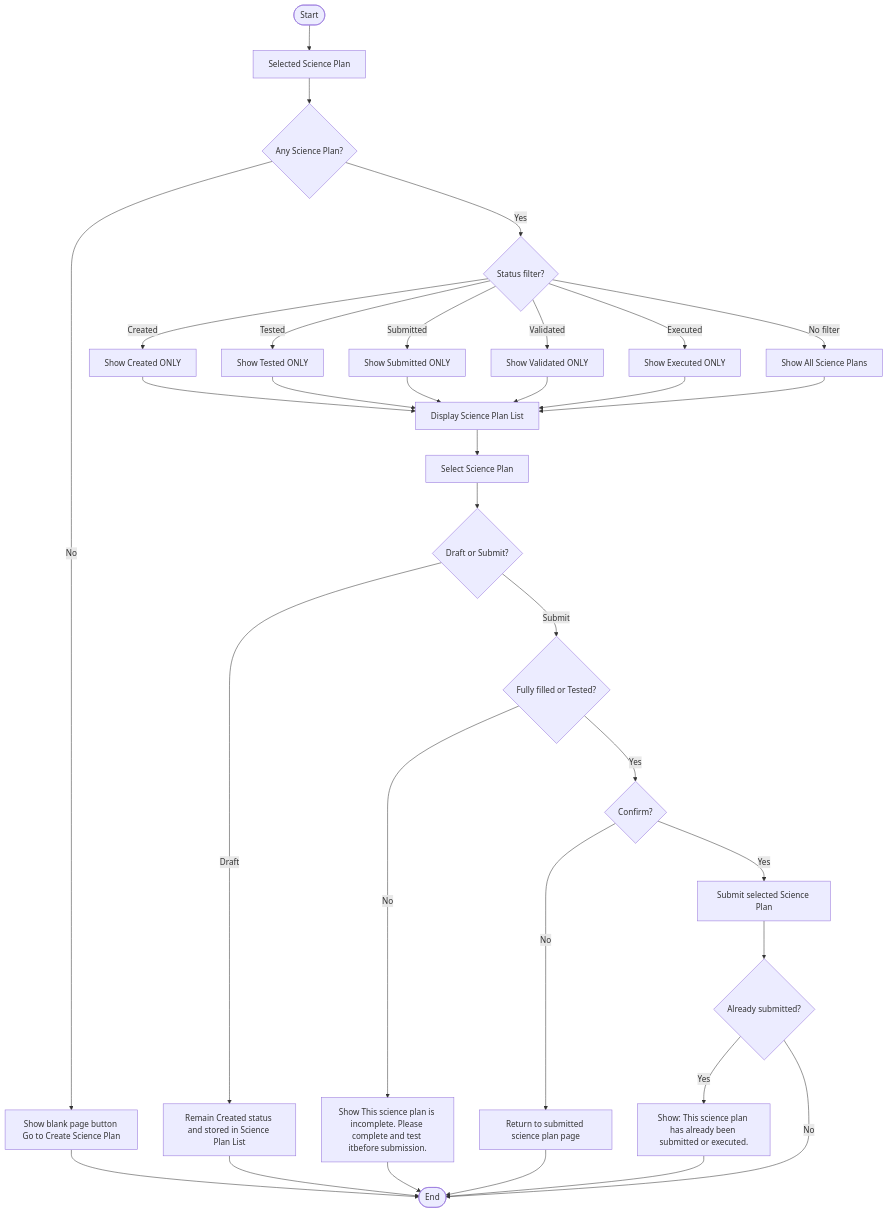
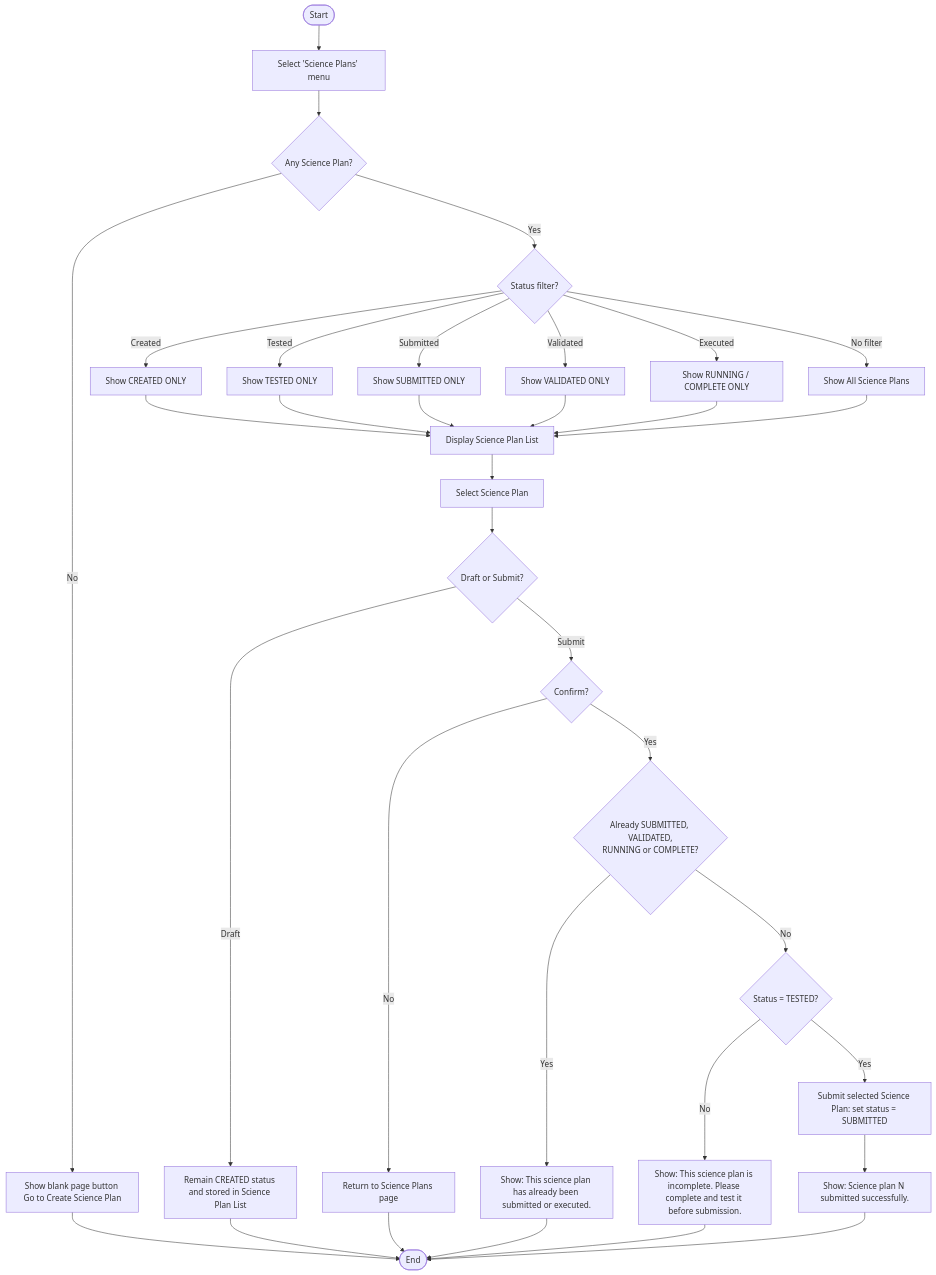
The third of 7 diagrams in docs/design.md (FantasticRattee/gemini-telescope-control-system), drawn with Mermaid before and after one commit. The commit also changed other lines of this file and 13 other files, not shown here.

First line of the commit message:
Fix science plan workflow, tests, and use-case diagram

````diff
--- a/docs/design.md
+++ b/docs/design.md
@@ -138,58 +151,58 @@
 ```mermaid
 flowchart TD
 
     %% Top
-    A([Start]) --> B[Selected Science Plan]
+    A([Start]) --> B[Select 'Science Plans' menu]
 
     B --> C{Any Science Plan?}
 
     C -- "No" --> D[Show blank page button Go to Create Science Plan]
     D --> Z([End])
 
     C -- "Yes" --> E{Status filter?}
 
     %% Status filter branches
-    E -- "Created" --> F1[Show Created ONLY]
-    E -- "Tested" --> F2[Show Tested ONLY]
-    E -- "Submitted" --> F3[Show Submitted ONLY]
-    E -- "Validated" --> F4[Show Validated ONLY]
-    E -- "Executed" --> F5[Show Executed ONLY]
+    E -- "Created" --> F1[Show CREATED ONLY]
+    E -- "Tested" --> F2[Show TESTED ONLY]
+    E -- "Submitted" --> F3[Show SUBMITTED ONLY]
+    E -- "Validated" --> F4[Show VALIDATED ONLY]
+    E -- "Executed" --> F5[Show RUNNING / COMPLETE ONLY]
     E -- "No filter" --> F6[Show All Science Plans]
 
     F1 --> G[Display Science Plan List]
     F2 --> G
     F3 --> G
     F4 --> G
     F5 --> G
     F6 --> G
 
     %% Select plan
     G --> H[Select Science Plan]
 
     H --> I{Draft or Submit?}
 
-    I -- "Draft" --> J[Remain Created status and stored in Science Plan List]
+    I -- "Draft" --> J[Remain CREATED status and stored in Science Plan List]
     J --> Z
 
-    I -- "Submit" --> K{Fully filled or Tested?}
-
-    %% Fully tested?
-    K -- "No" --> L[Show This science plan is incomplete. Please complete and test itbefore submission.]
-    L --> Z
-
-    K -- "Yes" --> M{Confirm?}
+    I -- "Submit" --> M{Confirm?}
 
     %% Confirm?
-    M -- "No" --> N[Return to submitted science plan page]
+    M -- "No" --> N[Return to Science Plans page]
     N --> Z
 
-    M -- "Yes" --> O[Submit selected Science Plan]
-
-    %% Already submitted/executed?
-    O --> P{Already submitted?}
+    %% Already submitted/executed? (checked before anything is changed)
+    M -- "Yes" --> P{Already SUBMITTED, VALIDATED,<br/>RUNNING or COMPLETE?}
 
     P -- "Yes" --> Q[Show: This science plan has already been submitted or executed.]
     Q --> Z
 
-    P -- "No" --> Z
+    %% Only a TESTED plan can be submitted
+    P -- "No" --> K{Status = TESTED?}
+
+    K -- "No" --> L[Show: This science plan is incomplete. Please complete and test it before submission.]
+    L --> Z
+
+    K -- "Yes" --> O[Submit selected Science Plan: set status = SUBMITTED]
+    O --> R[Show: Science plan N submitted successfully.]
+    R --> Z
 ```
````
